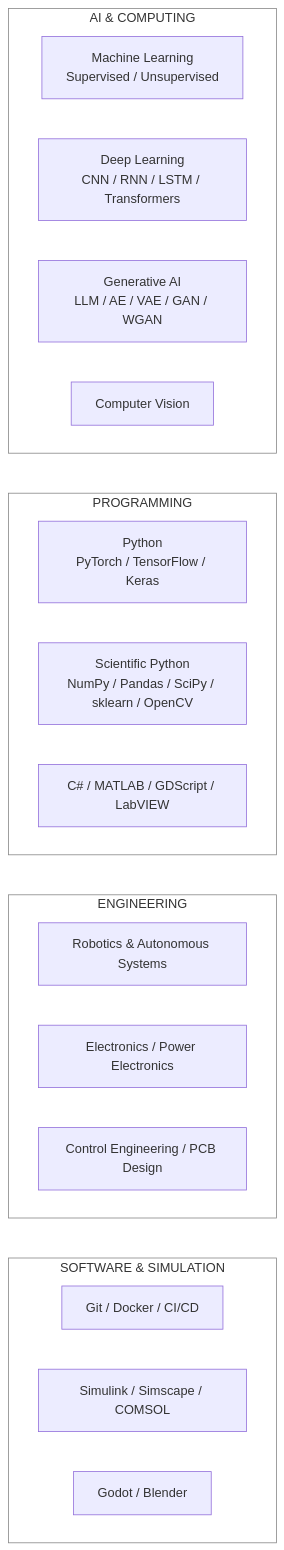
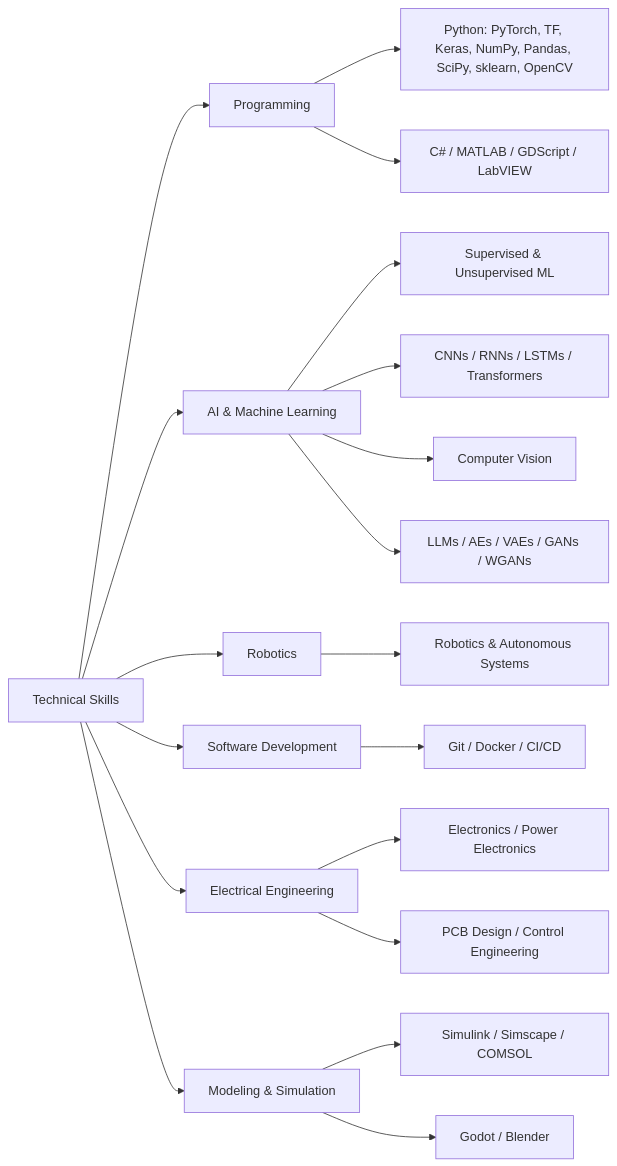
One commit to hashimzmn/hashimzmn changed the diagram in README.md. Above: the diagram before and after it, drawn with Mermaid.

````diff
--- a/README.md
+++ b/README.md
@@ -1,41 +1,29 @@
 ```mermaid
-flowchart TB
+flowchart LR
+    ROOT["Technical Skills"]
 
-    subgraph CORE["AI & COMPUTING"]
-        direction LR
-        A["Machine Learning<br/>Supervised / Unsupervised"]
-        B["Deep Learning<br/>CNN / RNN / LSTM / Transformers"]
-        C["Generative AI<br/>LLM / AE / VAE / GAN / WGAN"]
-        D["Computer Vision"]
-    end
+    ROOT --> P["Programming"]
+    ROOT --> A["AI & Machine Learning"]
+    ROOT --> R["Robotics"]
+    ROOT --> S["Software Development"]
+    ROOT --> E["Electrical Engineering"]
+    ROOT --> M["Modeling & Simulation"]
 
-    subgraph PROGRAMMING["PROGRAMMING"]
-        direction LR
-        E["Python<br/>PyTorch / TensorFlow / Keras"]
-        F["Scientific Python<br/>NumPy / Pandas / SciPy / sklearn / OpenCV"]
-        G["C# / MATLAB / GDScript / LabVIEW"]
-    end
+    P --> P1["Python: PyTorch, TF, Keras, NumPy, Pandas, SciPy, sklearn, OpenCV"]
+    P --> P2["C# / MATLAB / GDScript / LabVIEW"]
 
-    subgraph ENGINEERING["ENGINEERING"]
-        direction LR
-        H["Robotics & Autonomous Systems"]
-        I["Electronics / Power Electronics"]
-        J["Control Engineering / PCB Design"]
-    end
+    A --> A1["Supervised & Unsupervised ML"]
+    A --> A2["CNNs / RNNs / LSTMs / Transformers"]
+    A --> A3["Computer Vision"]
+    A --> A4["LLMs / AEs / VAEs / GANs / WGANs"]
 
-    subgraph TOOLS["SOFTWARE & SIMULATION"]
-        direction LR
-        K["Git / Docker / CI/CD"]
-        L["Simulink / Simscape / COMSOL"]
-        M["Godot / Blender"]
-    end
+    R --> R1["Robotics & Autonomous Systems"]
 
-    CORE ~~~ PROGRAMMING
-    PROGRAMMING ~~~ ENGINEERING
-    ENGINEERING ~~~ TOOLS
+    S --> S1["Git / Docker / CI/CD"]
 
-    style CORE fill:none,stroke:#888
-    style PROGRAMMING fill:none,stroke:#888
-    style ENGINEERING fill:none,stroke:#888
-    style TOOLS fill:none,stroke:#888
+    E --> E1["Electronics / Power Electronics"]
+    E --> E2["PCB Design / Control Engineering"]
+
+    M --> M1["Simulink / Simscape / COMSOL"]
+    M --> M2["Godot / Blender"]
 ```
````
